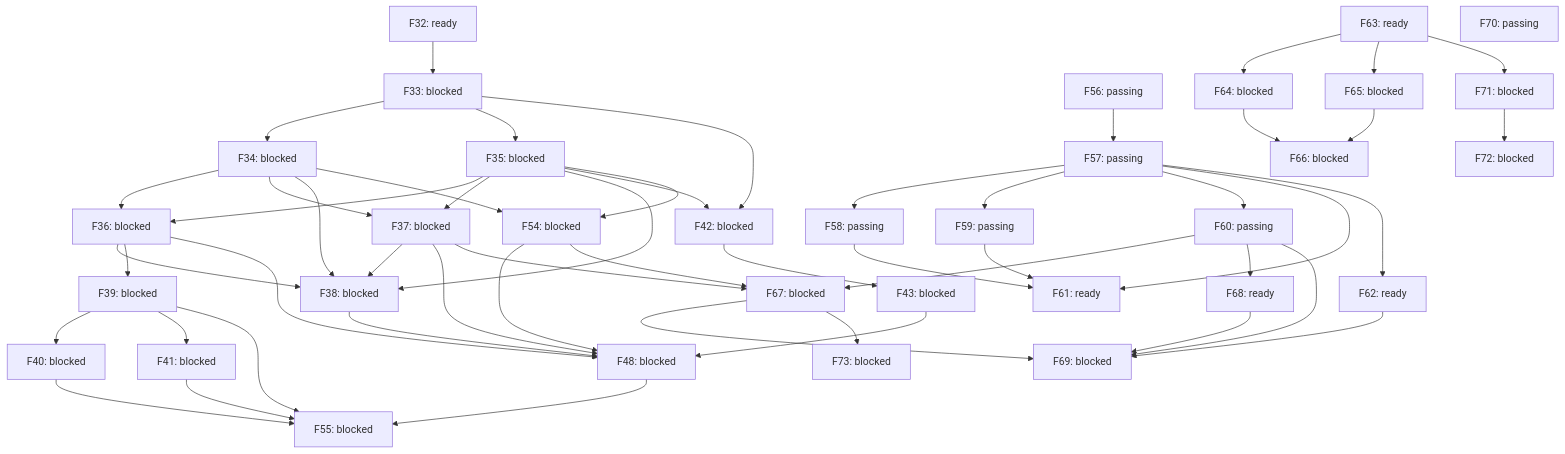
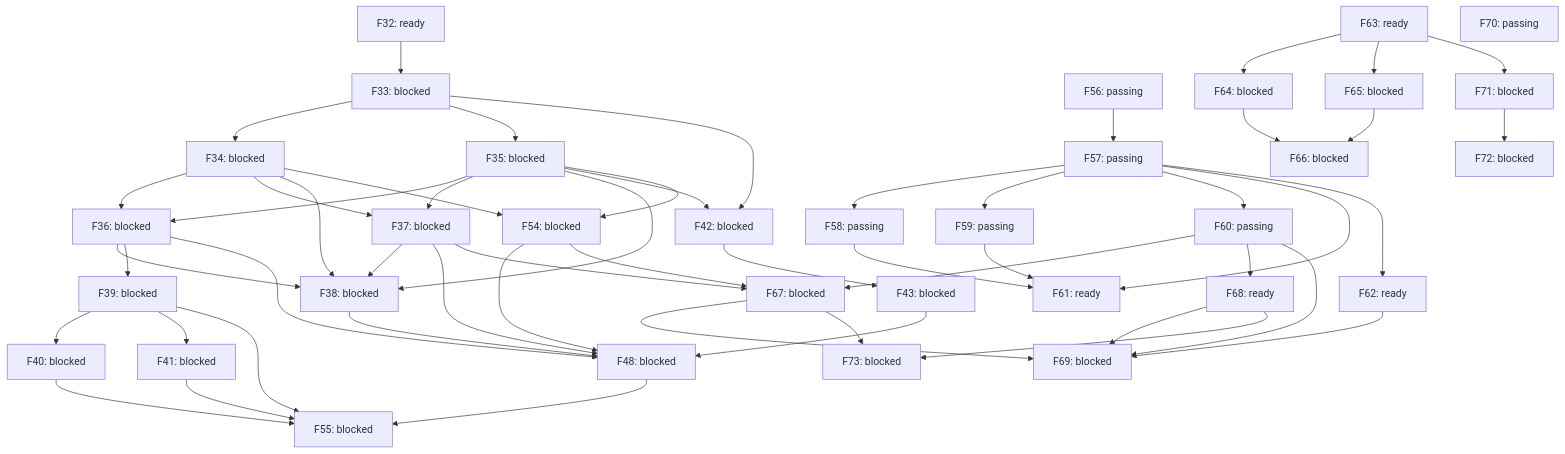
Before and after one commit to alex-nax/rengine: the diagram in docs/roadmap-graph.md, drawn with Mermaid. The commit also changed other lines of this file and 3 other files, not shown here.

````diff
--- a/docs/roadmap-graph.md
+++ b/docs/roadmap-graph.md
@@ -90,4 +90,5 @@
   F71 --> F72
   F73["F73: blocked"]
   F67 --> F73
+  F68 --> F73
 ```
````
